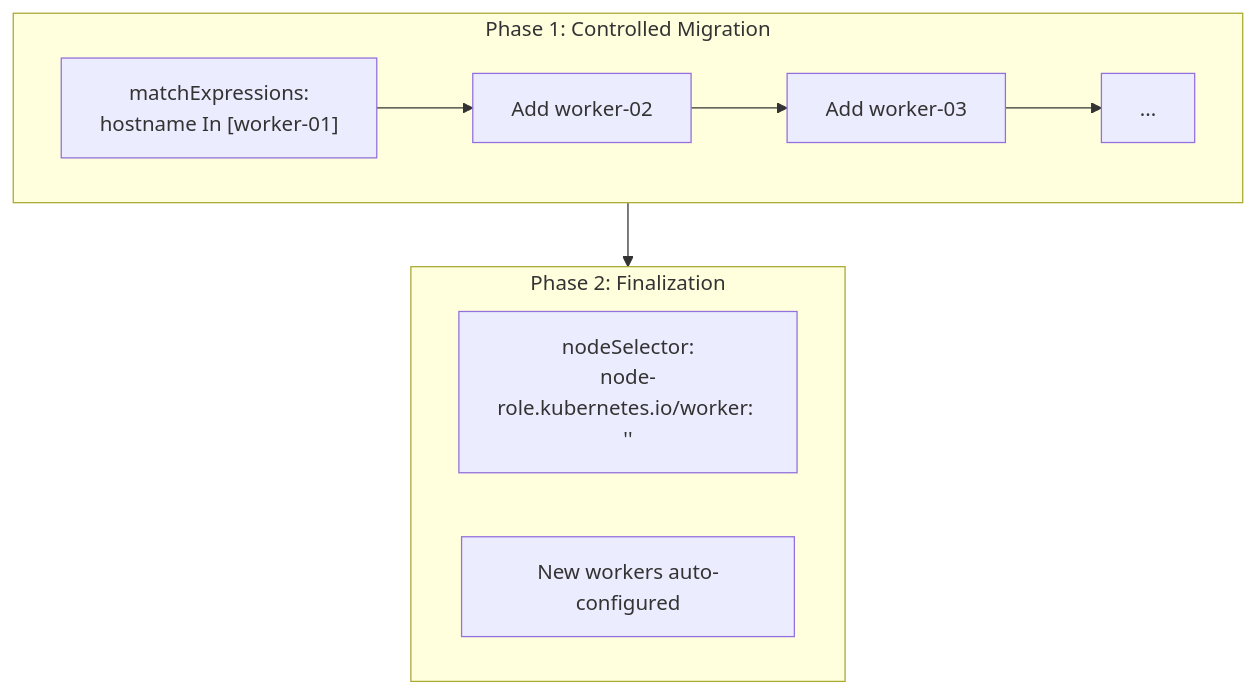
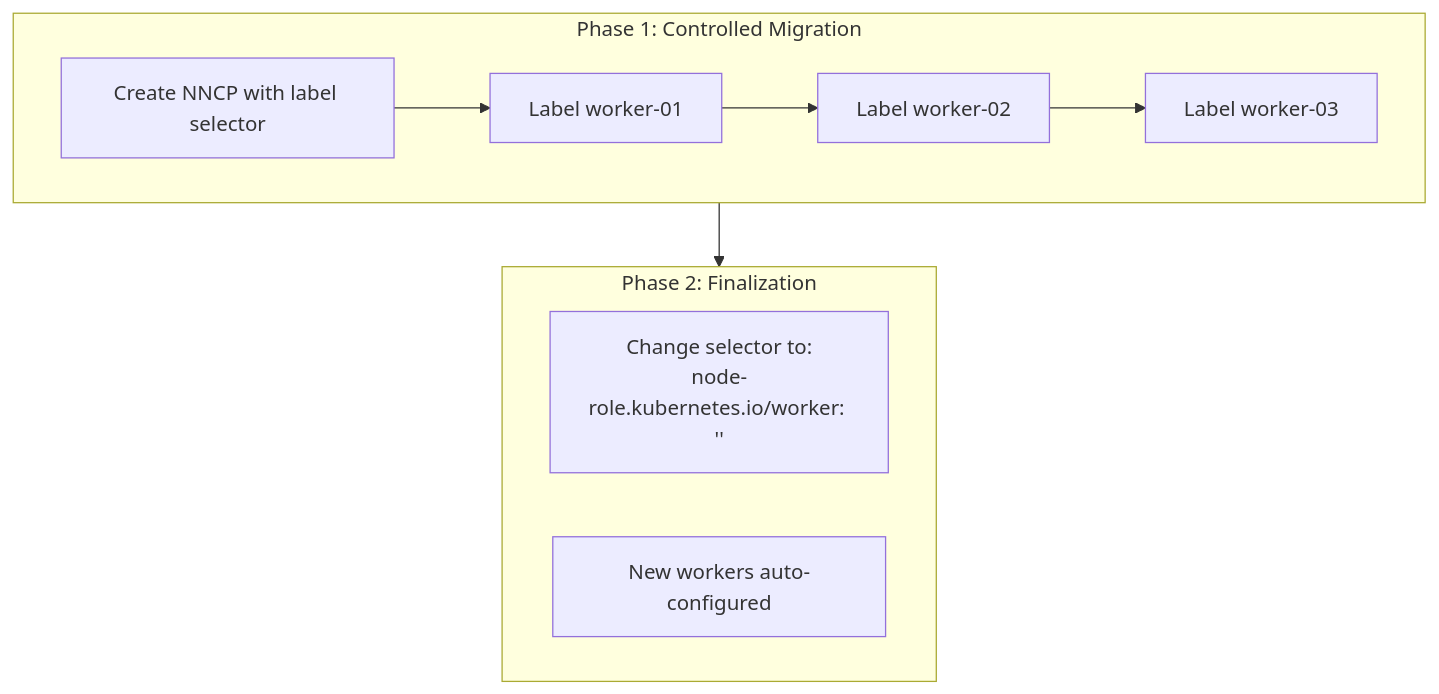
The seventh of 8 diagrams in hcp-balance-slb/OPENSHIFT-VIRTUALIZATION-VMNET-BALANCE-SLB.md (linuxelitebr/openshift-balance-slb), drawn with Mermaid before and after one commit. The commit also changed other lines of this file, not shown here.

````diff
--- a/hcp-balance-slb/OPENSHIFT-VIRTUALIZATION-VMNET-BALANCE-SLB.md
+++ b/hcp-balance-slb/OPENSHIFT-VIRTUALIZATION-VMNET-BALANCE-SLB.md
@@ -484,16 +485,16 @@
 ```mermaid
 flowchart TB
     subgraph Phase1["Phase 1: Controlled Migration"]
-        P1["matchExpressions:<br/>hostname In [worker-01]"]
-        P1 --> P2["Add worker-02"]
-        P2 --> P3["Add worker-03"]
-        P3 --> P4["..."]
+        P1["Create NNCP with label selector"]
+        P1 --> P2["Label worker-01"]
+        P2 --> P3["Label worker-02"]
+        P3 --> P4["Label worker-03"]
     end
     
     subgraph Phase2["Phase 2: Finalization"]
-        F1["nodeSelector:<br/>node-role.kubernetes.io/worker: ''"]
+        F1["Change selector to:<br/>node-role.kubernetes.io/worker: ''"]
         F2["New workers auto-configured"]
     end
     
     Phase1 --> Phase2
 ```
````
